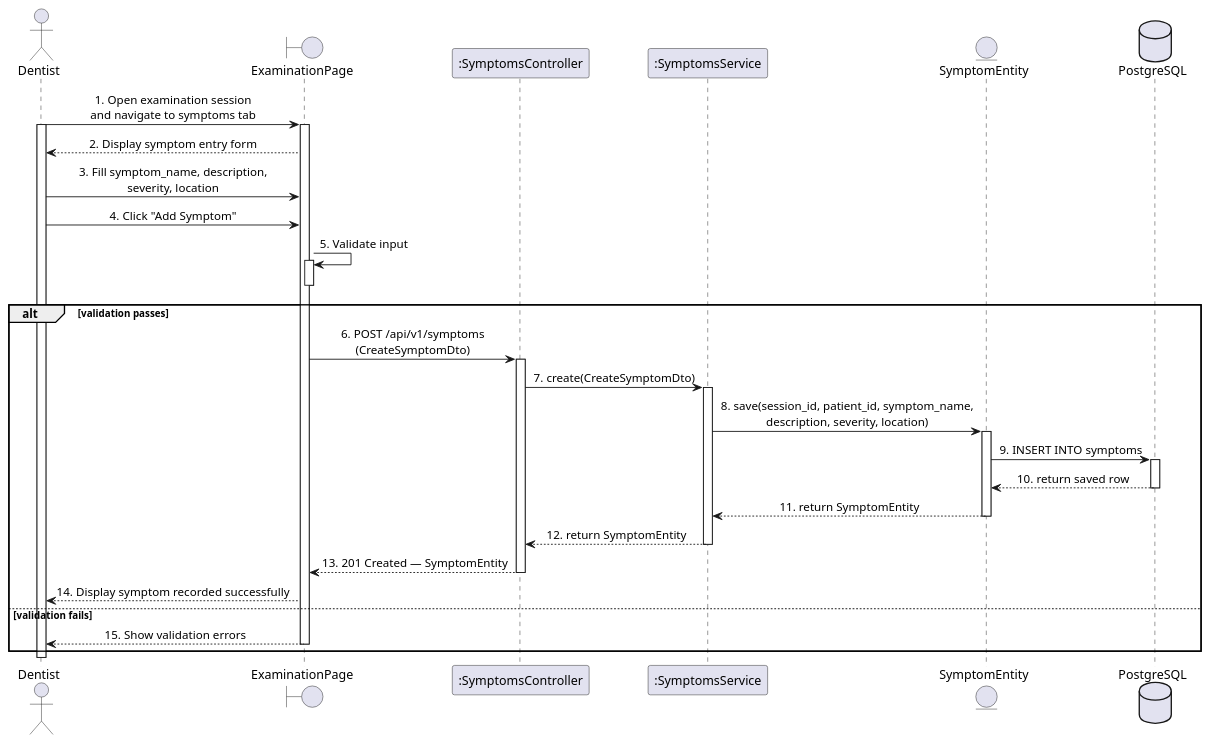
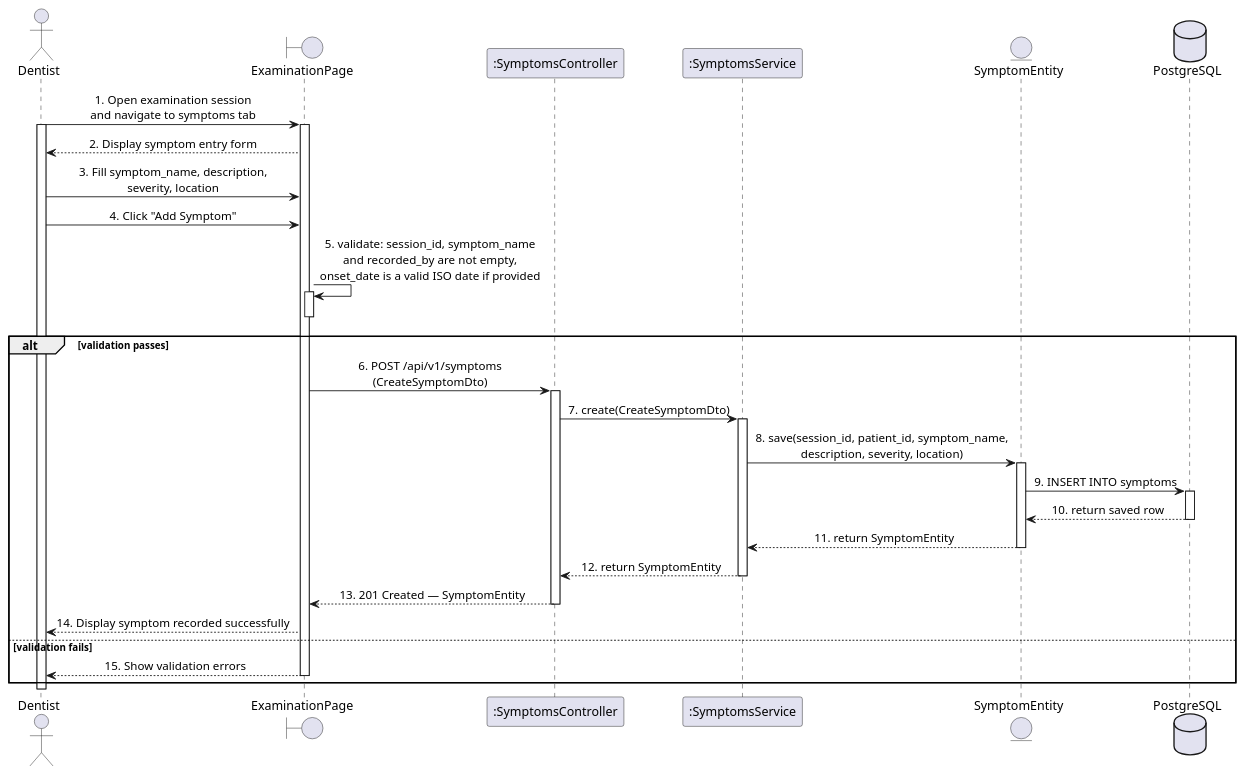
The diagram in docs/sequence-diagram/UC66_EnterSymptoms.puml (LTPPPP/Smart-Medical-Intelligent-Ledger-for-E-health-S.M.I.L.E-), drawn with PlantUML before and after one commit. The commit also changed 31 other files, not shown here.

```diff
--- a/docs/sequence-diagram/UC66_EnterSymptoms.puml
+++ b/docs/sequence-diagram/UC66_EnterSymptoms.puml
@@ -1,54 +1,54 @@
 @startuml SequenceDiagram
 skinparam shadowing false
 skinparam sequenceMessageAlign center
 actor "Dentist" as user
 boundary "ExaminationPage" as page
 participant ":SymptomsController" as ctrl
 participant ":SymptomsService" as svc
 entity "SymptomEntity" as symptomEntity
 database "PostgreSQL" as db
 
 user -> page : 1. Open examination session\nand navigate to symptoms tab
 activate user
 activate page
 
 page --> user : 2. Display symptom entry form
 
 user -> page : 3. Fill symptom_name, description,\nseverity, location
 
 user -> page : 4. Click "Add Symptom"
-page -> page : 5. Validate input
+page -> page : 5. validate: session_id, symptom_name\nand recorded_by are not empty,\nonset_date is a valid ISO date if provided
 activate page
 deactivate page
 alt validation passes
   page -> ctrl : 6. POST /api/v1/symptoms\n(CreateSymptomDto)
   activate ctrl
 
   ctrl -> svc : 7. create(CreateSymptomDto)
   activate svc
 
   svc -> symptomEntity : 8. save(session_id, patient_id, symptom_name,\ndescription, severity, location)
   activate symptomEntity
   symptomEntity -> db : 9. INSERT INTO symptoms
   activate db
   db --> symptomEntity : 10. return saved row
   deactivate db
   symptomEntity --> svc : 11. return SymptomEntity
   deactivate symptomEntity
 
   svc --> ctrl : 12. return SymptomEntity
   deactivate svc
 
   ctrl --> page : 13. 201 Created — SymptomEntity
   deactivate ctrl
 
   page --> user : 14. Display symptom recorded successfully
 
 else validation fails
   page --> user : 15. Show validation errors
   deactivate page
 end
 
 deactivate user
 
 @enduml
```
